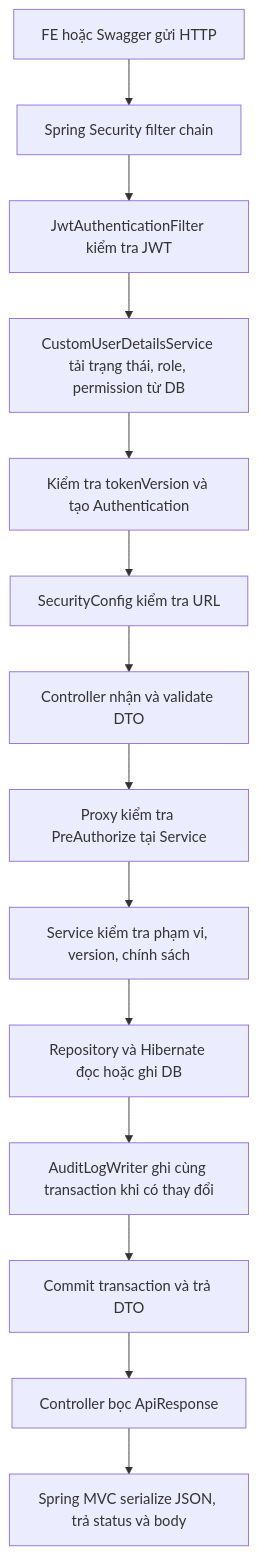
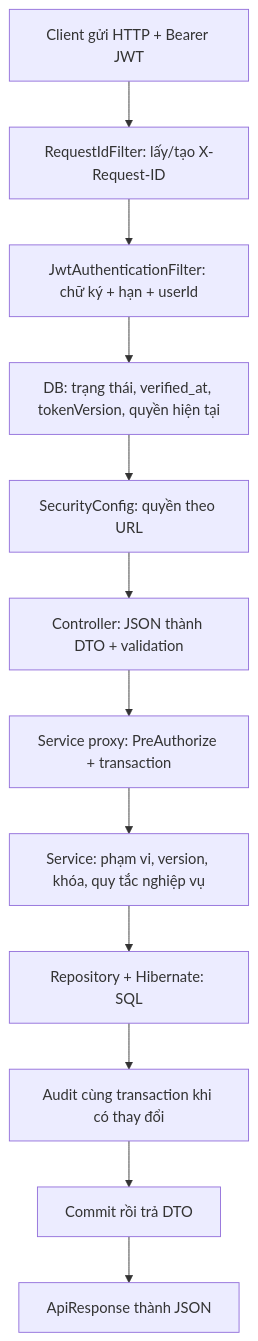
One commit to VIet7801/datphong-spring changed the diagram in docs/REQUEST_FLOW.md. Above: the diagram before and after it, drawn with Mermaid. The commit also changed other lines of this file and 84 other files, not shown here.

```diff
--- a/docs/REQUEST_FLOW.md
+++ b/docs/REQUEST_FLOW.md
@@ -7,16 +7,14 @@
 ~~~mermaid
 flowchart TD
-    A[FE hoặc Swagger gửi HTTP] --> B[Spring Security filter chain]
-    B --> C[JwtAuthenticationFilter kiểm tra JWT]
-    C --> D[CustomUserDetailsService tải trạng thái, role, permission từ DB]
-    D --> E[Kiểm tra tokenVersion và tạo Authentication]
-    E --> F[SecurityConfig kiểm tra URL]
-    F --> G[Controller nhận và validate DTO]
-    G --> H[Proxy kiểm tra PreAuthorize tại Service]
-    H --> I[Service kiểm tra phạm vi, version, chính sách]
-    I --> J[Repository và Hibernate đọc hoặc ghi DB]
-    J --> K[AuditLogWriter ghi cùng transaction khi có thay đổi]
-    K --> L[Commit transaction và trả DTO]
-    L --> M[Controller bọc ApiResponse]
-    M --> N[Spring MVC serialize JSON, trả status và body]
+    A[Client gửi HTTP + Bearer JWT] --> B[RequestIdFilter: lấy/tạo X-Request-ID]
+    B --> C[JwtAuthenticationFilter: chữ ký + hạn + userId]
+    C --> D[DB: trạng thái, verified_at, tokenVersion, quyền hiện tại]
+    D --> E[SecurityConfig: quyền theo URL]
+    E --> F[Controller: JSON thành DTO + validation]
+    F --> G[Service proxy: PreAuthorize + transaction]
+    G --> H[Service: phạm vi, version, khóa, quy tắc nghiệp vụ]
+    H --> I[Repository + Hibernate: SQL]
+    I --> J[Audit cùng transaction khi có thay đổi]
+    J --> K[Commit rồi trả DTO]
+    K --> L[ApiResponse thành JSON]
 ~~~
```
